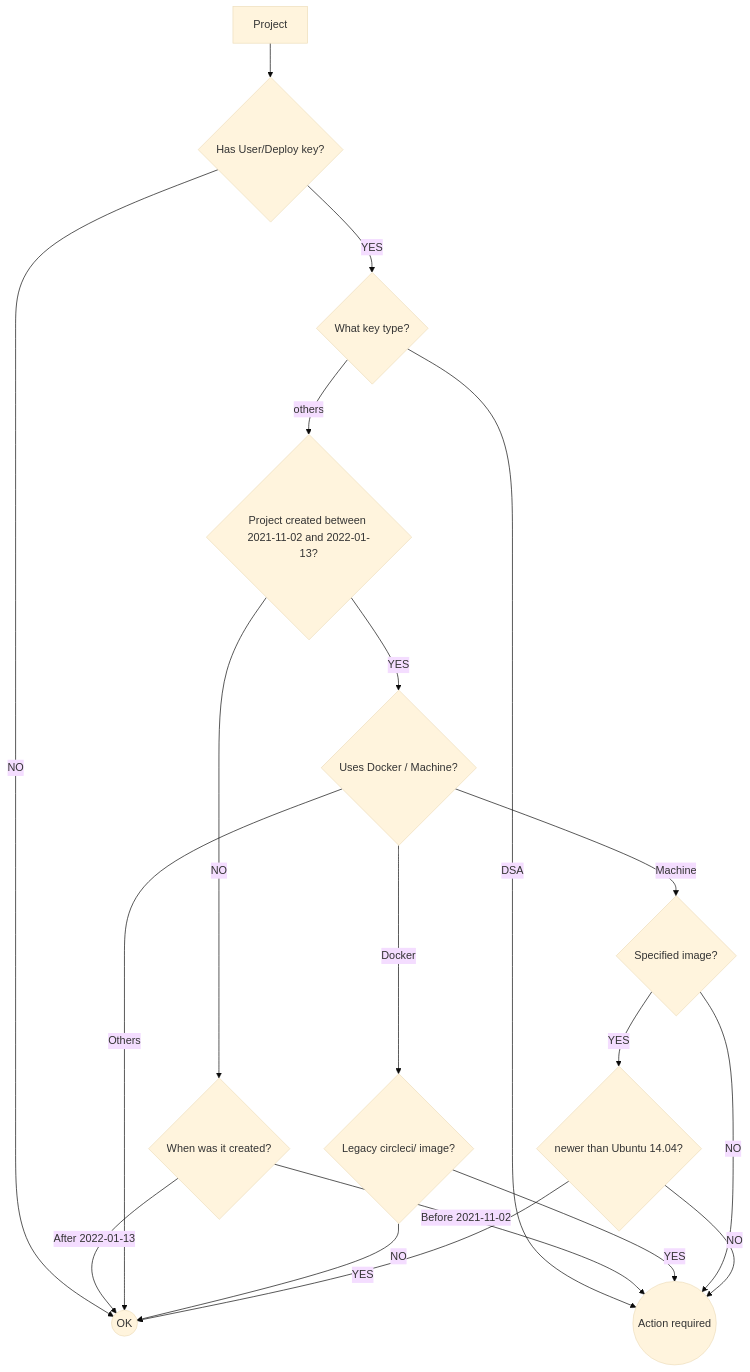
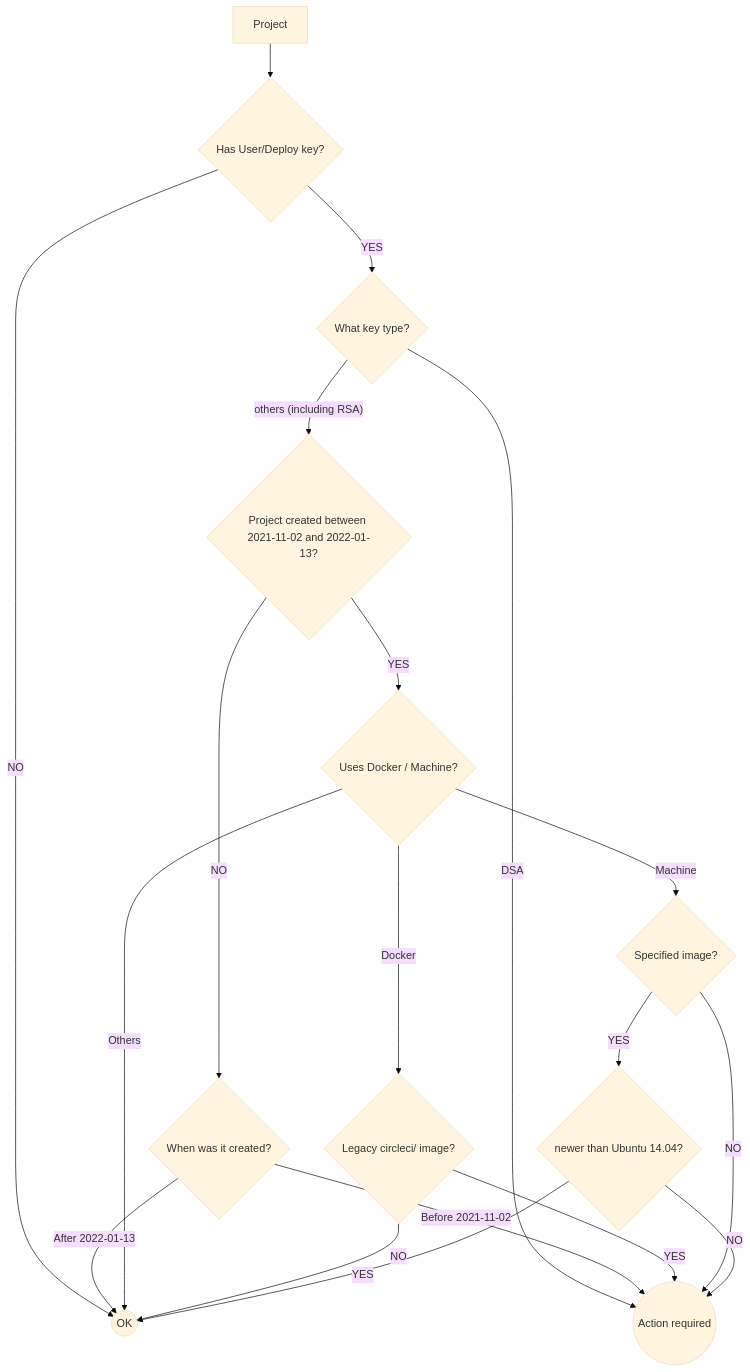
The diagram in README.md (kelvintaywl/github-ssh-key-deprecation-notes), drawn with Mermaid (base theme) before and after one commit.

````diff
--- a/README.md
+++ b/README.md
@@ -14,22 +14,22 @@
 ```mermaid
 
 flowchart TD
     project[Project] --> key_exists{Has User/Deploy key?}
     key_exists -- NO --> ok((OK))
     key_exists -- YES --> key_type{What key type?}
     key_type -- DSA --> action_required((Action required))
-    key_type -- others --> within_window{Project created between 2021-11-02 and 2022-01-13?}
+    key_type -- others (including RSA) --> within_window{Project created between 2021-11-02 and 2022-01-13?}
     within_window -- NO --> when_created{When was it created?}
     when_created -- After 2022-01-13 --> ok
     when_created -- Before 2021-11-02 --> action_required
     within_window -- YES --> executor_type{Uses Docker / Machine?}
     executor_type -- Docker --> legacy_docker_img{Legacy circleci/ image?}
     executor_type -- Machine --> set_machine_img{Specified image?}
     executor_type -- Others --> ok
     legacy_docker_img -- YES --> action_required
     legacy_docker_img -- NO --> ok
     set_machine_img -- NO --> action_required
     set_machine_img -- YES --> newer_than_ubuntu14{newer than Ubuntu 14.04?}
     newer_than_ubuntu14 -- YES --> ok
     newer_than_ubuntu14 -- NO --> action_required
 ```
````
